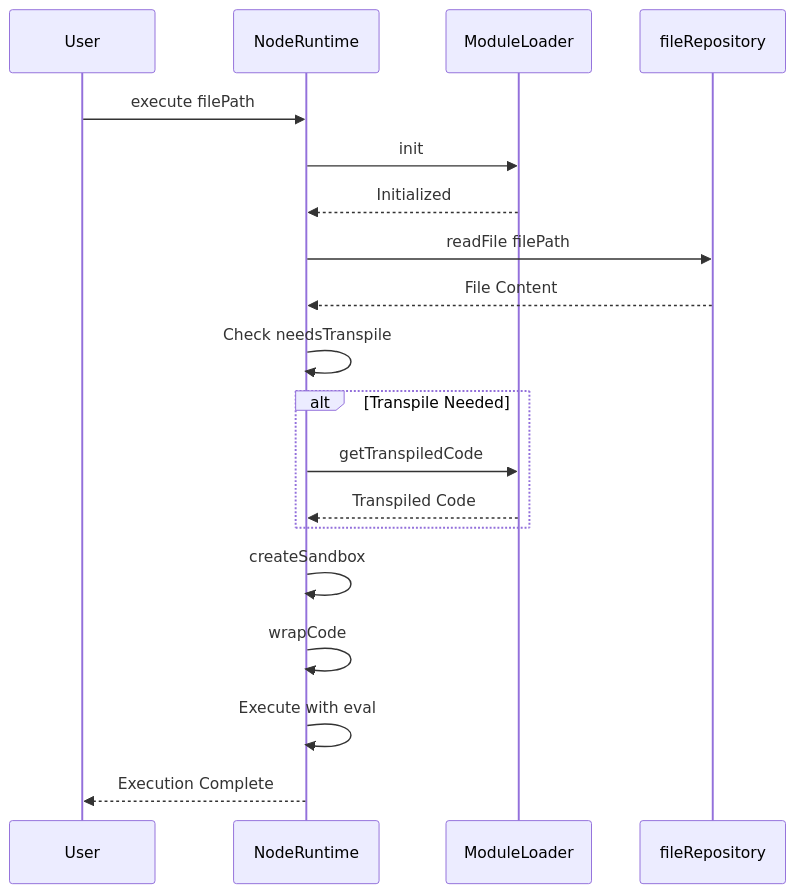
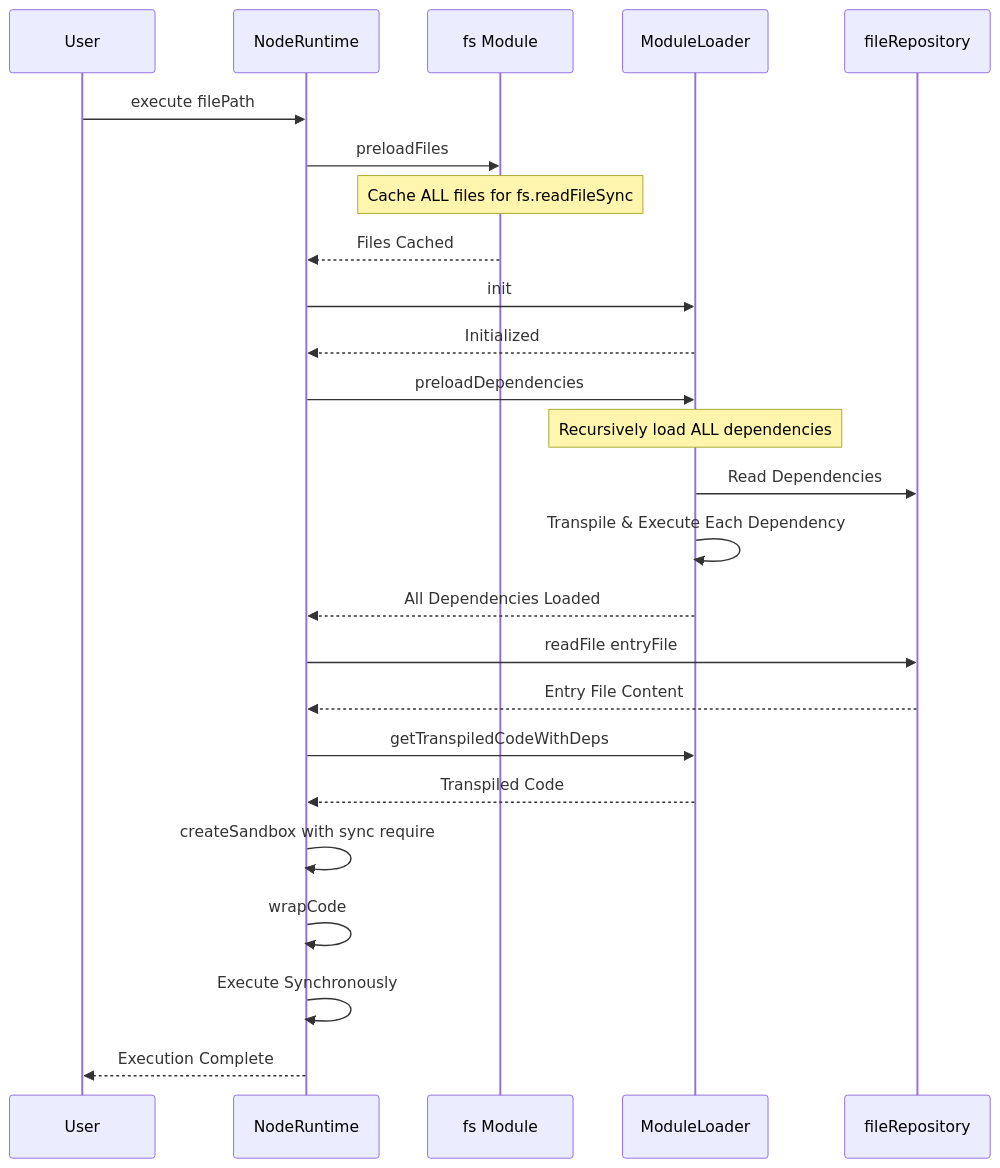
One commit to Stasshe/Pyxis-CodeCanvas changed the second of 16 diagrams in docs/NODE-RUNTIME.md. Above: the diagram before and after it, drawn with Mermaid. The commit also changed other lines of this file, not shown here.

````diff
--- a/docs/NODE-RUNTIME.md
+++ b/docs/NODE-RUNTIME.md
@@ -104,27 +124,34 @@
 ```mermaid
 sequenceDiagram
     participant User
     participant Runtime as NodeRuntime
+    participant FS as fs Module
     participant Loader as ModuleLoader
     participant FileRepo as fileRepository
     
     User->>Runtime: execute filePath
+    Runtime->>FS: preloadFiles
+    Note over FS: Cache ALL files for fs.readFileSync
+    FS-->>Runtime: Files Cached
+    
     Runtime->>Loader: init
     Loader-->>Runtime: Initialized
     
-    Runtime->>FileRepo: readFile filePath
-    FileRepo-->>Runtime: File Content
+    Runtime->>Loader: preloadDependencies
+    Note over Loader: Recursively load ALL dependencies
+    Loader->>FileRepo: Read Dependencies
+    Loader->>Loader: Transpile & Execute Each Dependency
+    Loader-->>Runtime: All Dependencies Loaded
     
-    Runtime->>Runtime: Check needsTranspile
+    Runtime->>FileRepo: readFile entryFile
+    FileRepo-->>Runtime: Entry File Content
     
-    alt Transpile Needed
-        Runtime->>Loader: getTranspiledCode
-        Loader-->>Runtime: Transpiled Code
-    end
+    Runtime->>Loader: getTranspiledCodeWithDeps
+    Loader-->>Runtime: Transpiled Code
     
-    Runtime->>Runtime: createSandbox
+    Runtime->>Runtime: createSandbox with sync require
     Runtime->>Runtime: wrapCode
-    Runtime->>Runtime: Execute with eval
+    Runtime->>Runtime: Execute Synchronously
     
     Runtime-->>User: Execution Complete
 ```
````
